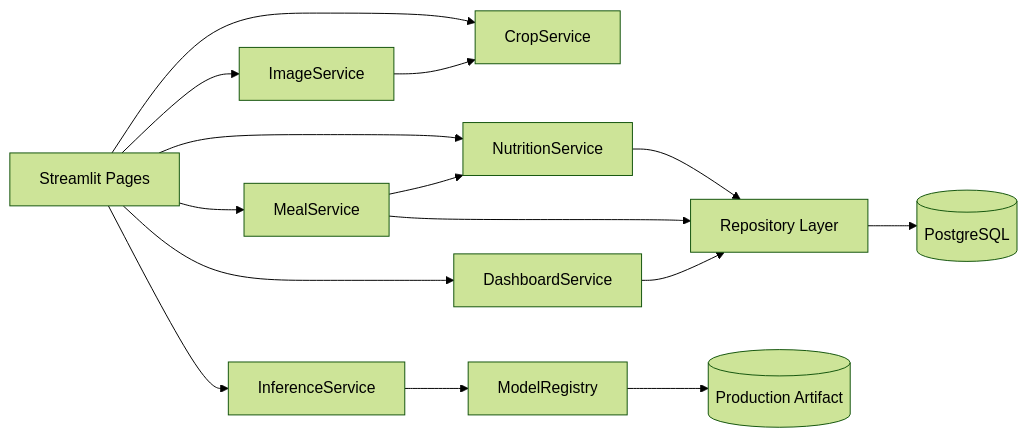
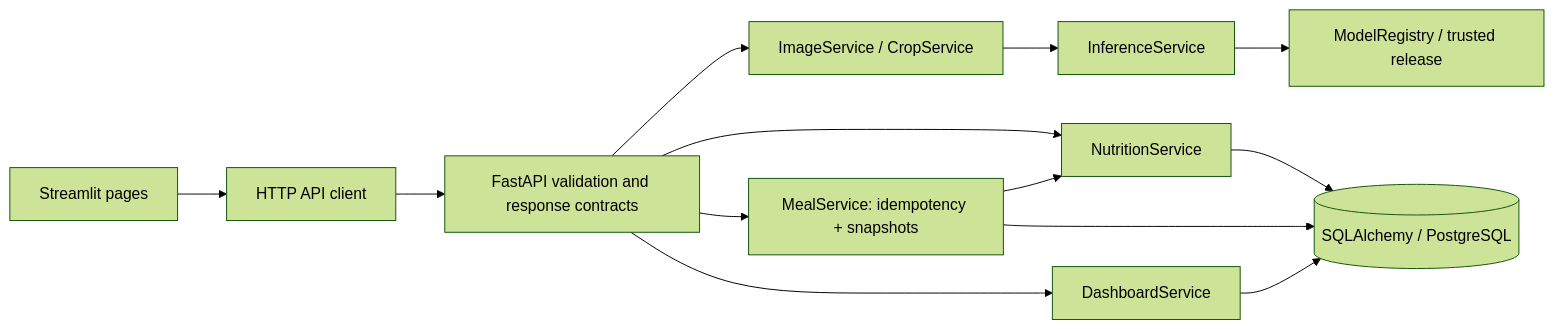
The diagram in diagrams/03-component-mvp.mmd (23001853-wq/food-recognition-dietary-assistant), drawn with Mermaid (forest theme) before and after one commit. The commit also changed 249 other files, not shown here.

```diff
--- a/diagrams/03-component-mvp.mmd
+++ b/diagrams/03-component-mvp.mmd
@@ -1,28 +1,14 @@
-%% Planned design copied from PLAN.md section 23; not implementation evidence.
+%% Architecture v2; see PLAN.md and implementation status.
 flowchart LR
-    UI["Streamlit Pages"]
-    IMG["ImageService"]
-    CROP["CropService"]
-    INF["InferenceService"]
-    MODEL["ModelRegistry"]
-    NUT["NutritionService"]
-    MEAL["MealService"]
-    DASH["DashboardService"]
-    REPO["Repository Layer"]
-    DB[("PostgreSQL")]
-    ART[("Production Artifact")]
-
-    UI --> IMG
-    UI --> CROP
-    UI --> INF
-    UI --> NUT
-    UI --> MEAL
-    UI --> DASH
-    IMG --> CROP
-    INF --> MODEL
-    MODEL --> ART
-    NUT --> REPO
+    UI["Streamlit pages"] --> C["HTTP API client"]
+    C --> API["FastAPI validation and response contracts"]
+    API --> IMG["ImageService / CropService"]
+    IMG --> INF["InferenceService"]
+    INF --> REG["ModelRegistry / trusted release"]
+    API --> NUT["NutritionService"]
+    API --> MEAL["MealService: idempotency + snapshots"]
+    API --> DASH["DashboardService"]
     MEAL --> NUT
-    MEAL --> REPO
-    DASH --> REPO
-    REPO --> DB
+    NUT --> DB[("SQLAlchemy / PostgreSQL")]
+    MEAL --> DB
+    DASH --> DB
```
